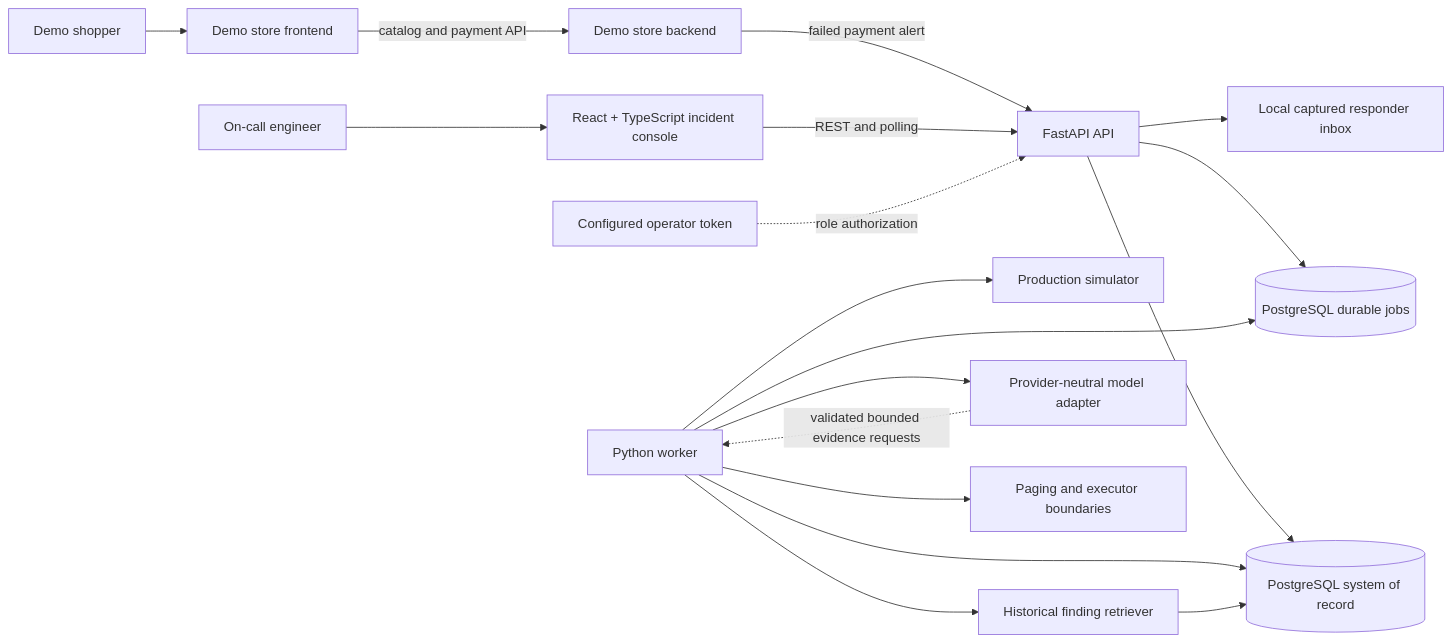
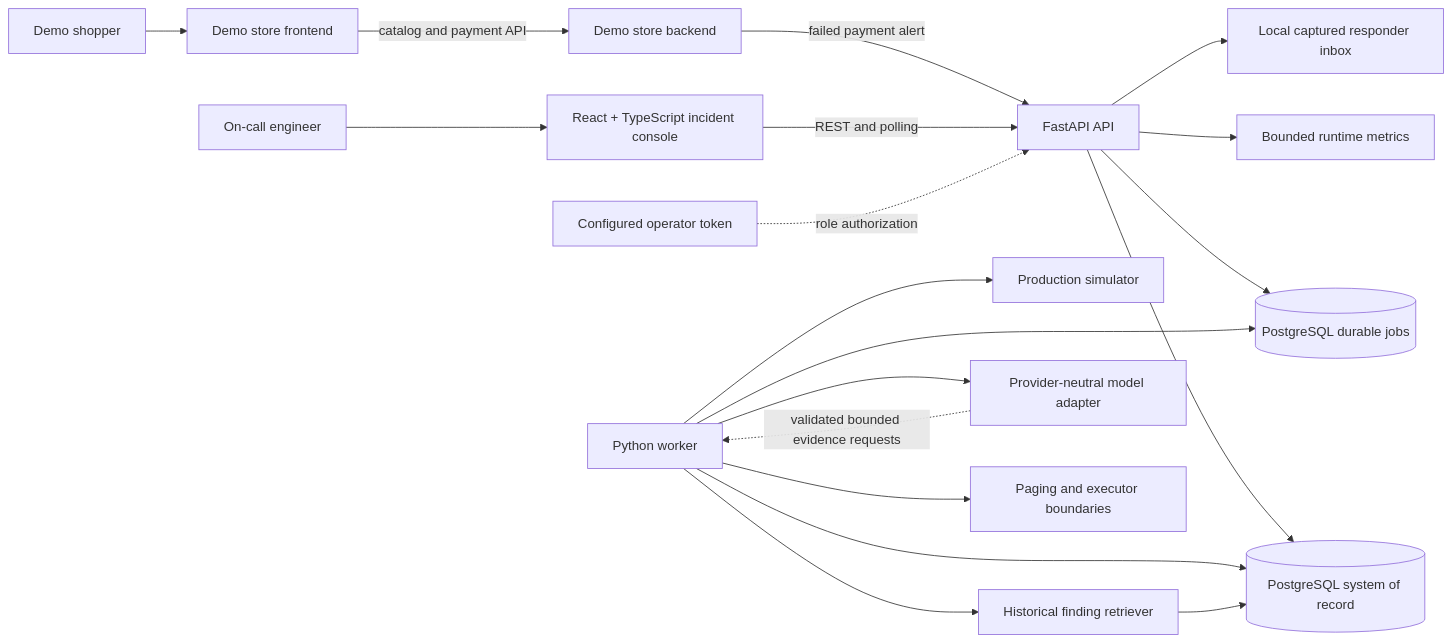
The diagram in _plan_docs/_hld_docs/00-system-architecture.md (safayavatsal/hero-vired-assignment), drawn with Mermaid before and after one commit. The commit also changed other lines of this file and 21 other files, not shown here.

````diff
--- a/_plan_docs/_hld_docs/00-system-architecture.md
+++ b/_plan_docs/_hld_docs/00-system-architecture.md
@@ -7,20 +7,21 @@
 ```mermaid
 flowchart LR
     Shopper[Demo shopper] --> Storefront[Demo store frontend]
     Storefront -->|catalog and payment API| StoreAPI[Demo store backend]
     StoreAPI -->|failed payment alert| API
     Responder[On-call engineer] --> UI[React + TypeScript incident console]
     UI -->|REST and polling| API[FastAPI API]
     Operator[Configured operator token] -.->|role authorization| API
+    API --> Metrics[Bounded runtime metrics]
     API --> Store[(PostgreSQL system of record)]
     API --> Jobs[(PostgreSQL durable jobs)]
     Worker[Python worker] --> Jobs
     Worker --> Store
     Worker --> Simulator[Production simulator]
     Worker --> Retrieval[Historical finding retriever]
     Retrieval --> Store
     Worker --> Model[Provider-neutral model adapter]
     Model -.->|validated bounded evidence requests| Worker
     Worker --> Pager[Paging and executor boundaries]
     API --> Inbox[Local captured responder inbox]
 ```
````
